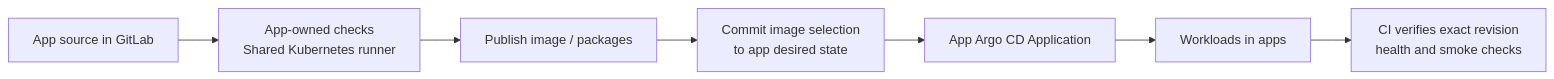
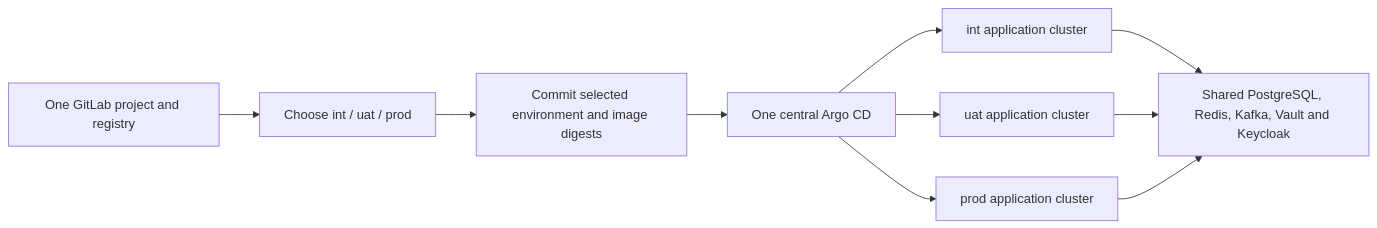
Before and after one commit to chefzaid/bm-cluster: the diagram in docs/delivery.md, drawn with Mermaid. The commit also changed other lines of this file and 42 other files, not shown here.

Commit message:
Support isolated application environments and scoped CI delivery

````diff
--- a/docs/delivery.md
+++ b/docs/delivery.md
@@ -26,11 +37,12 @@
 ```mermaid
 flowchart LR
-    accTitle: Application delivery
-    accDescr: Application CI checks source, publishes an image and commits its selection. Argo CD deploys it and CI verifies that exact revision.
-    Source["App source in GitLab"] --> CI["App-owned checks<br/>Shared Kubernetes runner"]
-    CI --> Publish["Publish image / packages"]
-    Publish --> Commit["Commit image selection<br/>to app desired state"]
-    Commit --> Argo["App Argo CD Application"]
-    Argo --> Runtime["Workloads in apps"]
-    Runtime --> Verify["CI verifies exact revision<br/>health and smoke checks"]
+    GitLab["One GitLab project and registry"] --> CI["Choose int / uat / prod"]
+    CI --> Pin["Commit selected environment and image digests"]
+    Pin --> Argo["One central Argo CD"]
+    Argo --> Int["int application cluster"]
+    Argo --> Uat["uat application cluster"]
+    Argo --> Prod["prod application cluster"]
+    Int --> Data["Shared PostgreSQL, Redis, Kafka, Vault and Keycloak"]
+    Uat --> Data
+    Prod --> Data
 ```
````
